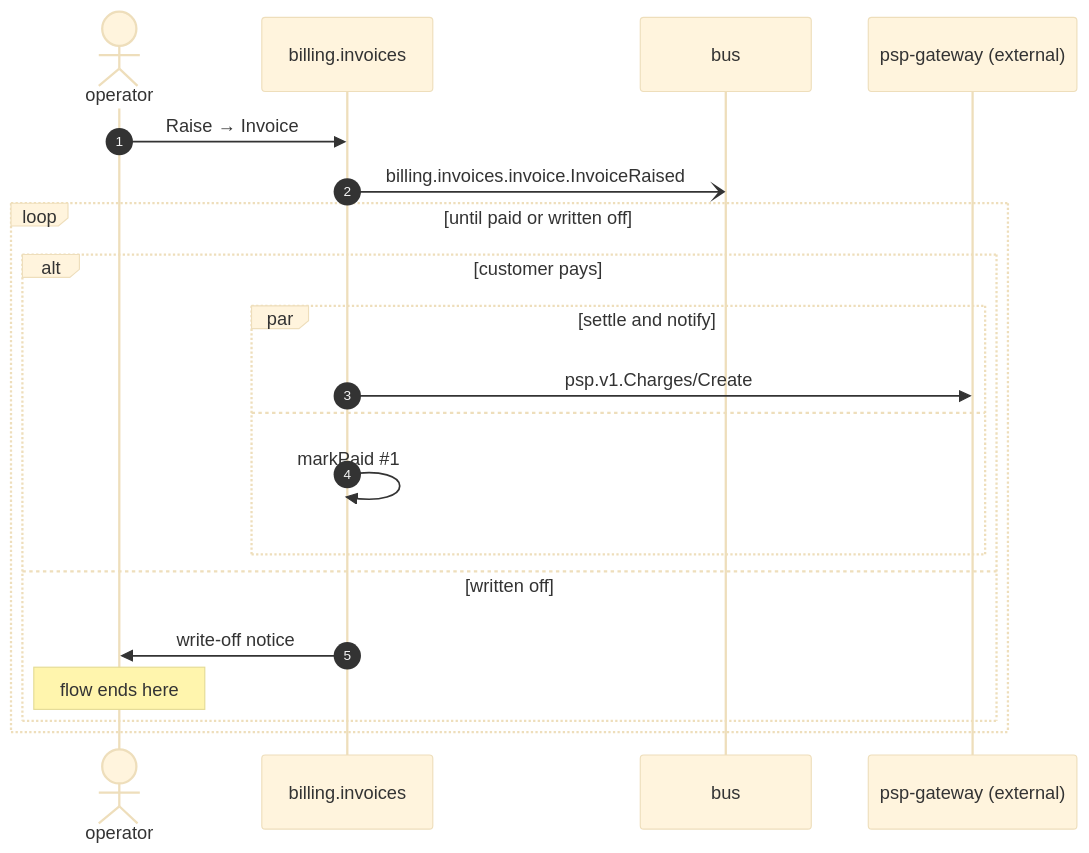
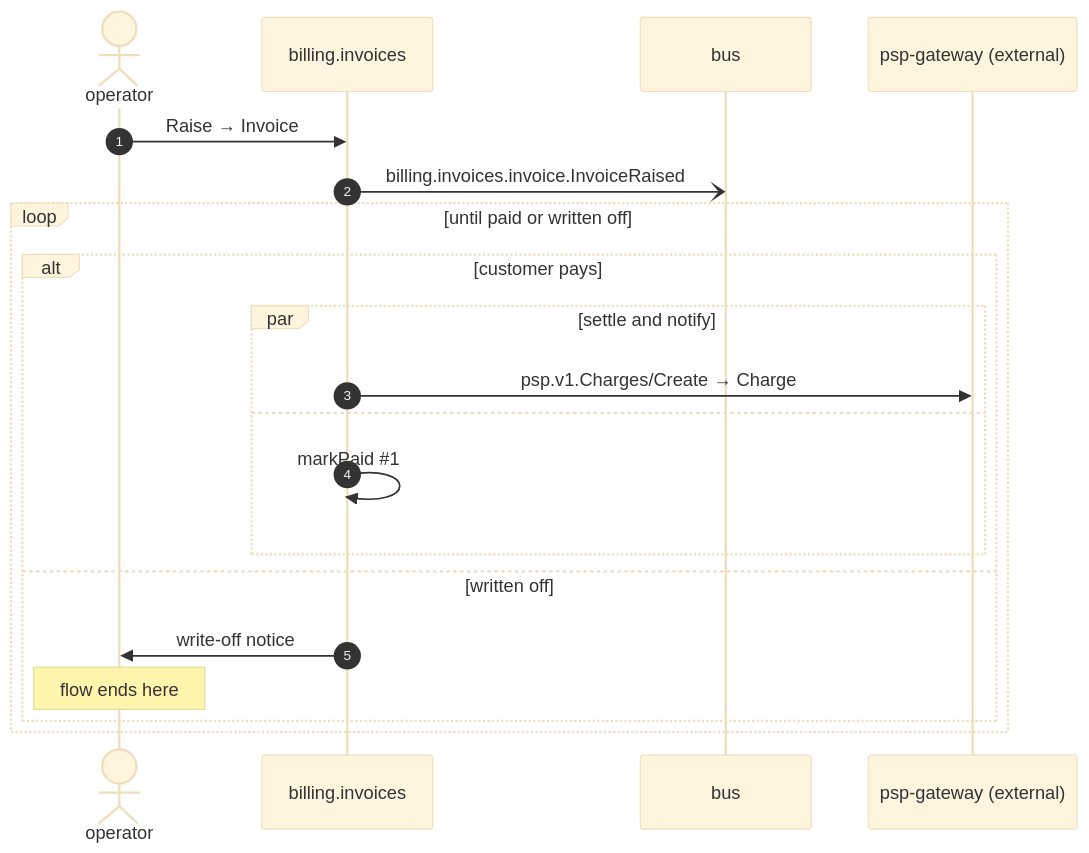
One commit to shortlink-org/portolan changed the diagram in plugins/gen-markdown/testdata/golden/flows/raise-invoice.md. Above: the diagram before and after it, drawn with Mermaid (base theme). The commit also changed other lines of this file and 93 other files, not shown here.

````diff
--- a/plugins/gen-markdown/testdata/golden/flows/raise-invoice.md
+++ b/plugins/gen-markdown/testdata/golden/flows/raise-invoice.md
@@ -22,22 +22,22 @@
 ```mermaid
 sequenceDiagram
     autonumber
     actor p0 as operator
     participant p1 as billing.invoices
     participant p2 as bus
     participant p3 as psp-gateway (external)
     p0->>p1: Raise → Invoice
     p1-)p2: billing.invoices.invoice.InvoiceRaised
     loop until paid or written off
         alt customer pays
             par settle and notify
-                p1->>p3: psp.v1.Charges/Create
+                p1->>p3: psp.v1.Charges/Create → Charge
             and
                 p1->>p1: markPaid #35;1
             end
         else written off
             p1->>p0: write-off notice
             Note over p0: flow ends here
         end
     end
 ```
````
